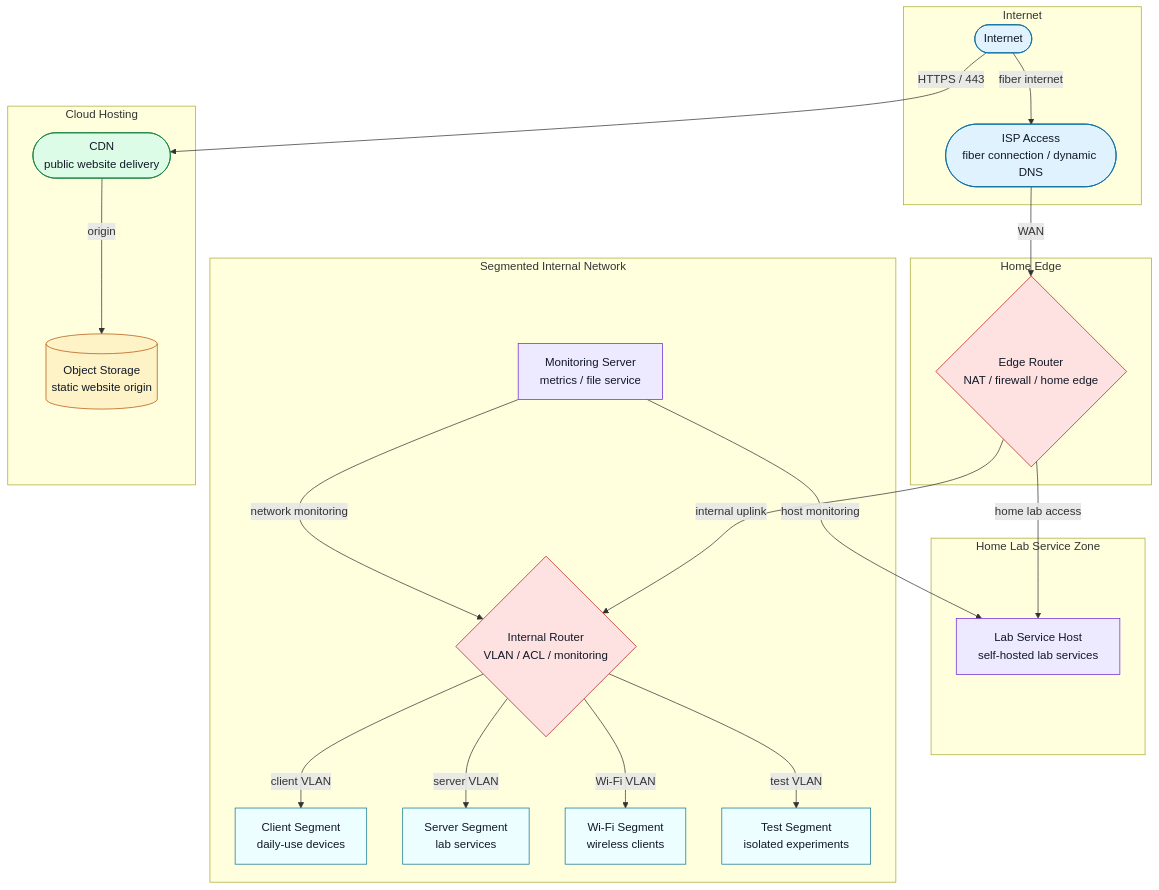
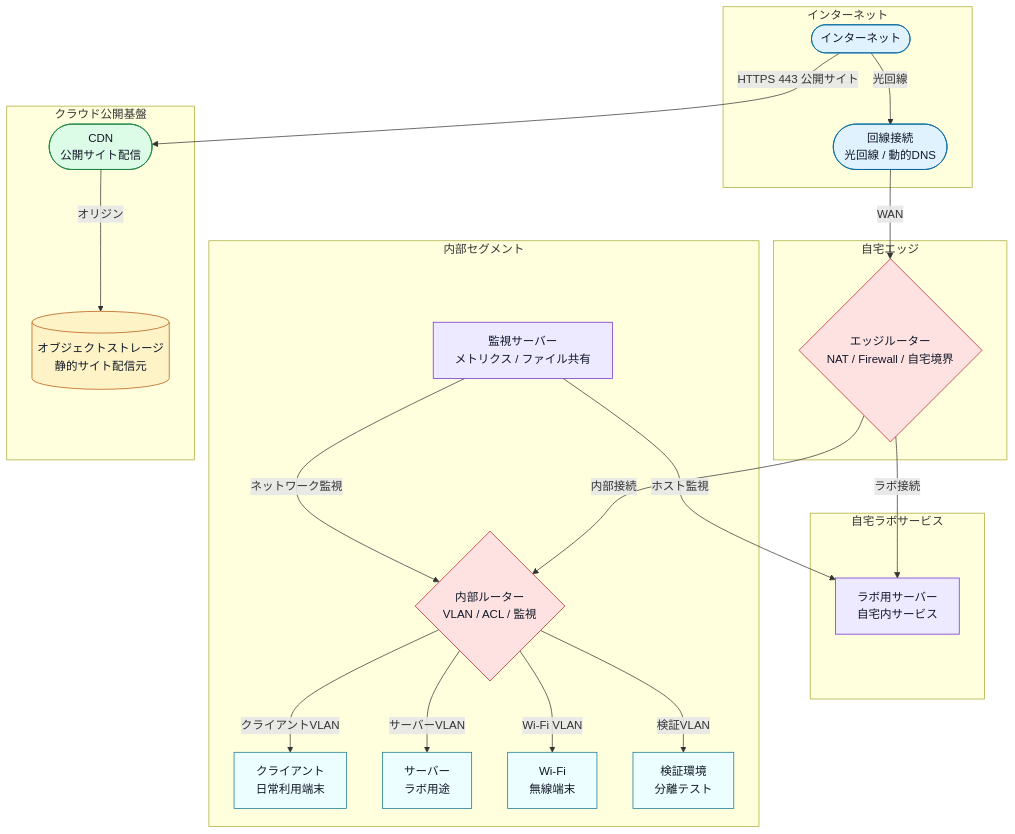
Before and after one commit to Termnix-IT/NetworkDiagramHarness: the diagram in docs/examples/profile-home-lab.md, drawn with Mermaid. The commit also changed other lines of this file and 14 other files, not shown here.

Commit message:
Add layout PNG export and Japanese profile diagram

````diff
--- a/docs/examples/profile-home-lab.md
+++ b/docs/examples/profile-home-lab.md
@@ -15,50 +15,50 @@
 ```mermaid
 flowchart TB
-  %% Profile Home Lab Network
-  subgraph zone_internet["Internet"]
-    internet(["Internet"])
-    isp_edge(["ISP Access<br/>fiber connection / dynamic DNS"])
+  %% 自宅ネットワーク・クラウド構成
+  subgraph zone_internet["インターネット"]
+    internet(["インターネット"])
+    isp_edge(["回線接続<br/>光回線 / 動的DNS"])
   end
-  subgraph zone_home_edge["Home Edge"]
-    edge_router{"Edge Router<br/>NAT / firewall / home edge"}
+  subgraph zone_home_edge["自宅エッジ"]
+    edge_router{"エッジルーター<br/>NAT / Firewall / 自宅境界"}
   end
-  subgraph zone_dmz["Home Lab Service Zone"]
-    lab_service_host["Lab Service Host<br/>self-hosted lab services"]
+  subgraph zone_dmz["自宅ラボサービス"]
+    lab_service_host["ラボ用サーバー<br/>自宅内サービス"]
   end
-  subgraph zone_internal["Segmented Internal Network"]
-    internal_router{"Internal Router<br/>VLAN / ACL / monitoring"}
-    client_segment["Client Segment<br/>daily-use devices"]
-    server_segment["Server Segment<br/>lab services"]
-    wifi_segment["Wi-Fi Segment<br/>wireless clients"]
-    test_segment["Test Segment<br/>isolated experiments"]
-    monitoring_server["Monitoring Server<br/>metrics / file service"]
+  subgraph zone_internal["内部セグメント"]
+    internal_router{"内部ルーター<br/>VLAN / ACL / 監視"}
+    client_segment["クライアント<br/>日常利用端末"]
+    server_segment["サーバー<br/>ラボ用途"]
+    wifi_segment["Wi-Fi<br/>無線端末"]
+    test_segment["検証環境<br/>分離テスト"]
+    monitoring_server["監視サーバー<br/>メトリクス / ファイル共有"]
   end
-  subgraph zone_cloud["Cloud Hosting"]
-    cdn(["CDN<br/>public website delivery"])
-    object_storage[("Object Storage<br/>static website origin")]
+  subgraph zone_cloud["クラウド公開基盤"]
+    cdn(["CDN<br/>公開サイト配信"])
+    object_storage[("オブジェクトストレージ<br/>静的サイト配信元")]
   end
-  internet -->|"fiber internet"| isp_edge
+  internet -->|"光回線"| isp_edge
   isp_edge -->|"WAN"| edge_router
-  edge_router -->|"home lab access"| lab_service_host
-  edge_router -->|"internal uplink"| internal_router
-  internal_router -->|"client VLAN"| client_segment
-  internal_router -->|"server VLAN"| server_segment
+  edge_router -->|"ラボ接続"| lab_service_host
+  edge_router -->|"内部接続"| internal_router
+  internal_router -->|"クライアントVLAN"| client_segment
+  internal_router -->|"サーバーVLAN"| server_segment
   internal_router -->|"Wi-Fi VLAN"| wifi_segment
-  internal_router -->|"test VLAN"| test_segment
-  monitoring_server -->|"network monitoring"| internal_router
-  monitoring_server -->|"host monitoring"| lab_service_host
-  internet -->|"HTTPS / 443"| cdn
-  cdn -->|"origin"| object_storage
+  internal_router -->|"検証VLAN"| test_segment
+  monitoring_server -->|"ネットワーク監視"| internal_router
+  monitoring_server -->|"ホスト監視"| lab_service_host
+  internet -->|"HTTPS 443 公開サイト"| cdn
+  cdn -->|"オリジン"| object_storage
   classDef type_database fill:#fef3c7,stroke:#b45309,color:#111827
   classDef type_external fill:#e0f2fe,stroke:#0369a1,color:#111827
   classDef type_firewall fill:#fee2e2,stroke:#b91c1c,color:#111827
   classDef type_load_balancer fill:#dcfce7,stroke:#15803d,color:#111827
   classDef type_server fill:#ede9fe,stroke:#6d28d9,color:#111827
   classDef type_subnet fill:#ecfeff,stroke:#0e7490,color:#111827
   class object_storage type_database
   class internet,isp_edge type_external
   class edge_router,internal_router type_firewall
   class cdn type_load_balancer
   class lab_service_host,monitoring_server type_server
   class client_segment,server_segment,wifi_segment,test_segment type_subnet
 ```
````
